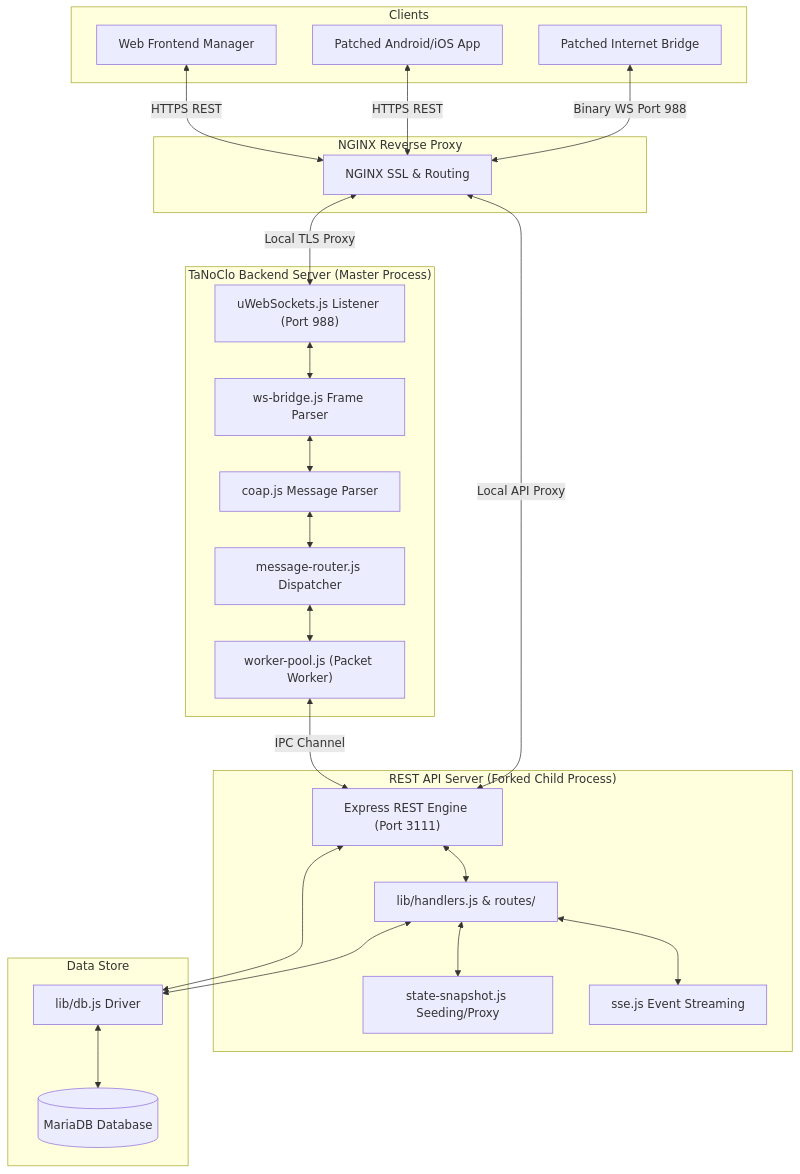
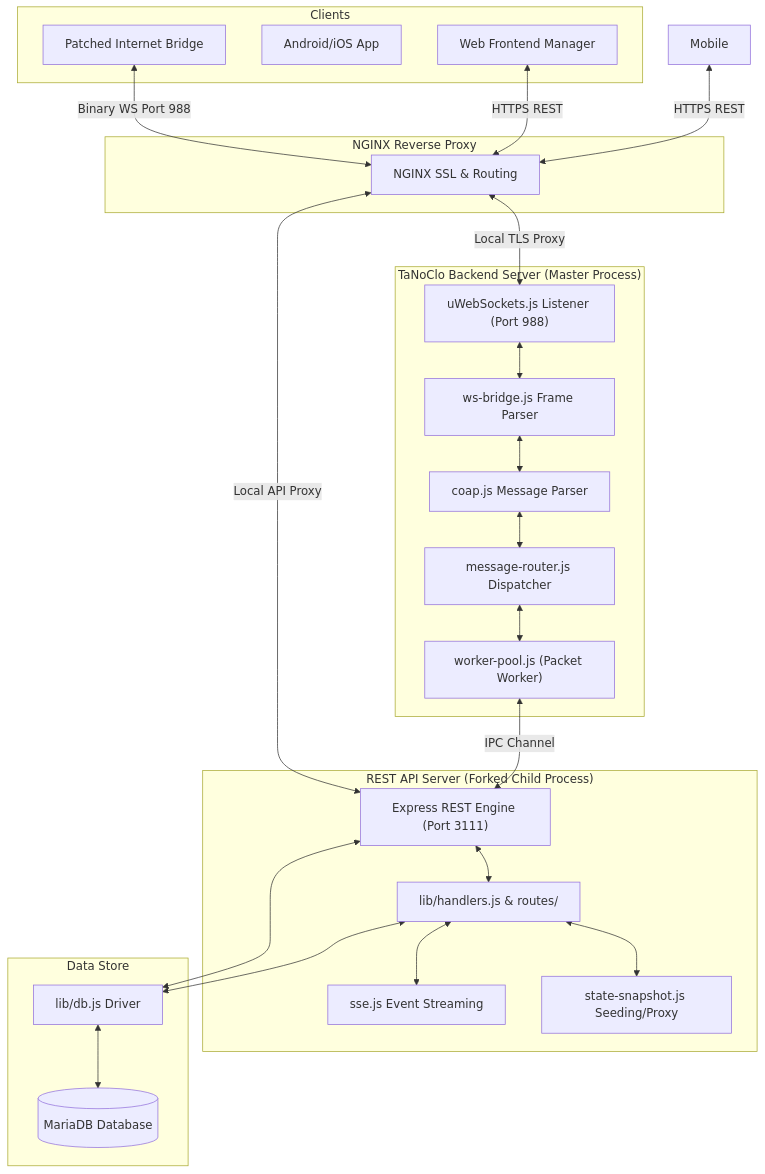
The diagram in ws-server/README.md (tanoclo/tanoclo), drawn with Mermaid before and after one commit. The commit also changed other lines of this file and 18 other files, not shown here.

````diff
--- a/ws-server/README.md
+++ b/ws-server/README.md
@@ -13,56 +13,56 @@
 ```mermaid
 graph TD
     subgraph Clients ["Clients"]
         IB["Patched Internet Bridge"]
-        APK["Patched Android/iOS App"]
+        APK["Android/iOS App"]
         Web["Web Frontend Manager"]
     end
 
     subgraph ReverseProxy ["NGINX Reverse Proxy"]
         Proxy["NGINX SSL & Routing"]
     end
 
     subgraph Backend ["TaNoClo Backend Server (Master Process)"]
         WS_Listen["uWebSockets.js Listener (Port 988)"]
         WS_Parser["ws-bridge.js Frame Parser"]
         CoAP_Parse["coap.js Message Parser"]
         Msg_Router["message-router.js Dispatcher"]
         Worker_Pool["worker-pool.js (Packet Worker)"]
     end
 
     subgraph API_Process ["REST API Server (Forked Child Process)"]
         Express["Express REST Engine (Port 3111)"]
         Handlers["lib/handlers.js & routes/"]
         State_Snapshot["state-snapshot.js Seeding/Proxy"]
         SSE["sse.js Event Streaming"]
     end
 
     subgraph Storage ["Data Store"]
         DB["lib/db.js Driver"]
         MariaDB[("MariaDB Database")]
     end
 
     %% Network flows
     IB <-->|Binary WS Port 988| Proxy
-    APK <-->|HTTPS REST| Proxy
+    Mobile <-->|HTTPS REST| Proxy
     Web <-->|HTTPS REST| Proxy
     
     Proxy <-->|Local TLS Proxy| WS_Listen
     Proxy <-->|Local API Proxy| Express
     
     WS_Listen <--> WS_Parser
     WS_Parser <--> CoAP_Parse
     CoAP_Parse <--> Msg_Router
     Msg_Router <--> Worker_Pool
     
     %% IPC Channel
     Worker_Pool <-->|IPC Channel| Express
     
     Express <--> Handlers
     Handlers <--> State_Snapshot
     Handlers <--> SSE
     
     Handlers <--> DB
     Express <--> DB
     DB <--> MariaDB
 ```
````
